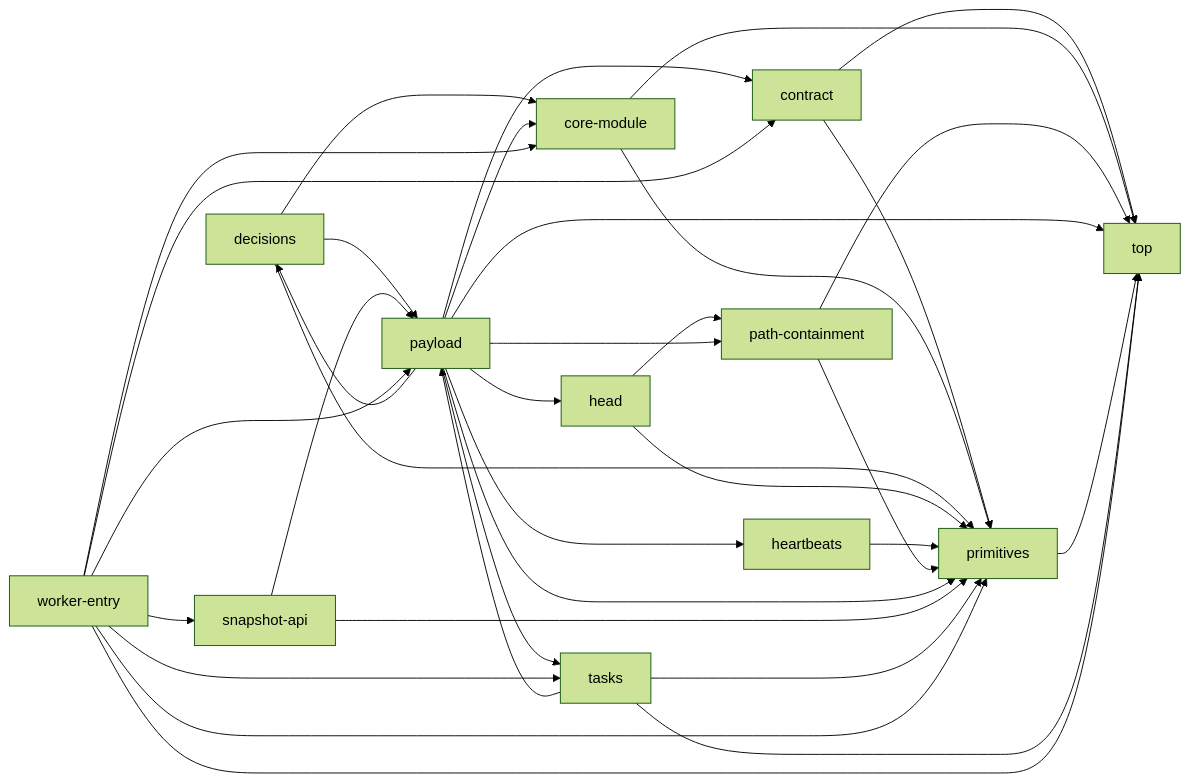
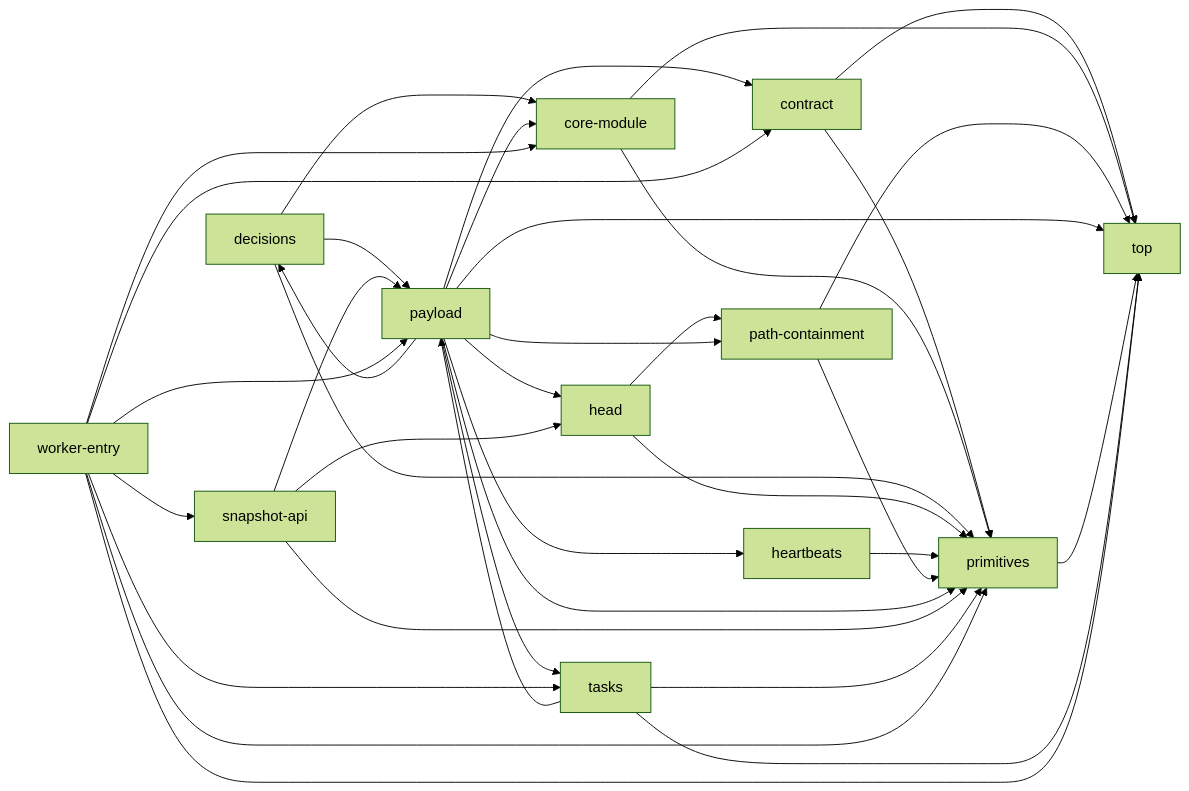
One commit to Han-Haocheng/project-flow changed the ninth of 11 diagrams in docs/project-description.md. Above: the diagram before and after it, drawn with Mermaid (forest theme). The commit also changed other lines of this file and 6 other files, not shown here.

````diff
--- a/docs/project-description.md
+++ b/docs/project-description.md
@@ -668,37 +668,38 @@
 ```mermaid
 graph LR
   m4["contract"] --> m2["primitives"]
   m4["contract"] --> m0["top"]
   m1["core-module"] --> m2["primitives"]
   m1["core-module"] --> m0["top"]
   m8["decisions"] --> m1["core-module"]
   m8["decisions"] --> m9["payload"]
   m8["decisions"] --> m2["primitives"]
   m5["head"] --> m3["path-containment"]
   m5["head"] --> m2["primitives"]
   m7["heartbeats"] --> m2["primitives"]
   m3["path-containment"] --> m2["primitives"]
   m3["path-containment"] --> m0["top"]
   m9["payload"] --> m4["contract"]
   m9["payload"] --> m1["core-module"]
   m9["payload"] --> m8["decisions"]
   m9["payload"] --> m5["head"]
   m9["payload"] --> m7["heartbeats"]
   m9["payload"] --> m3["path-containment"]
   m9["payload"] --> m2["primitives"]
   m9["payload"] --> m6["tasks"]
   m9["payload"] --> m0["top"]
   m2["primitives"] --> m0["top"]
+  m10["snapshot-api"] --> m5["head"]
   m10["snapshot-api"] --> m9["payload"]
   m10["snapshot-api"] --> m2["primitives"]
   m6["tasks"] --> m9["payload"]
   m6["tasks"] --> m2["primitives"]
   m6["tasks"] --> m0["top"]
   m11["worker-entry"] --> m4["contract"]
   m11["worker-entry"] --> m1["core-module"]
   m11["worker-entry"] --> m9["payload"]
   m11["worker-entry"] --> m2["primitives"]
   m11["worker-entry"] --> m10["snapshot-api"]
   m11["worker-entry"] --> m6["tasks"]
   m11["worker-entry"] --> m0["top"]
 ```
````
